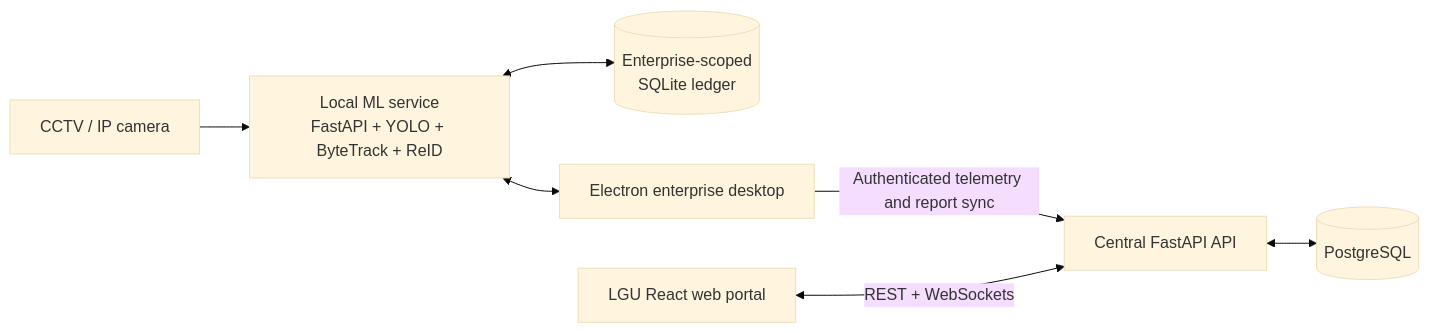
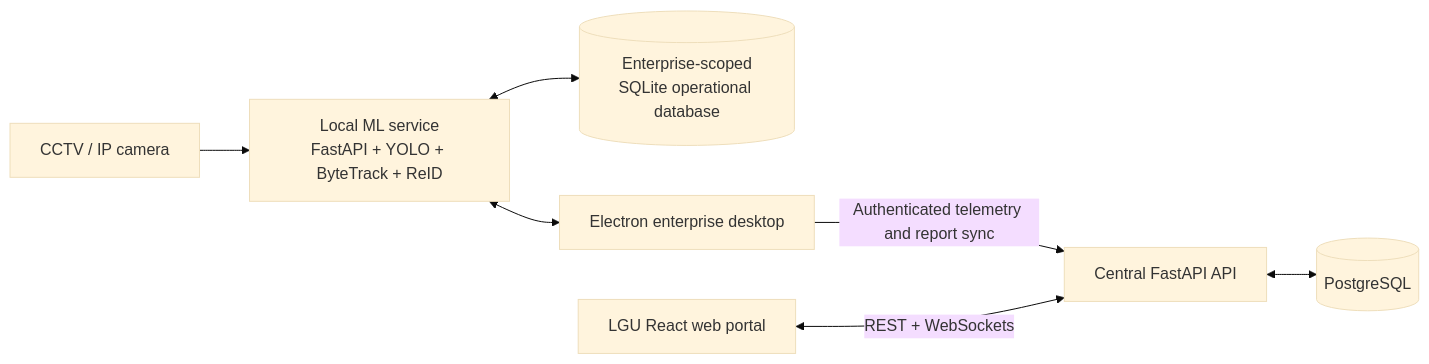
One commit to ggervzsss/TANAW changed the diagram in README.md. Above: the diagram before and after it, drawn with Mermaid (base theme). The commit also changed other lines of this file and 20 other files, not shown here.

Commit message:
refactor(desktop): consolidate local state in versioned sqlite schema

````diff
--- a/README.md
+++ b/README.md
@@ -82,9 +82,9 @@
 ```mermaid
 flowchart LR
     Camera["CCTV / IP camera"] --> ML["Local ML service<br/>FastAPI + YOLO + ByteTrack + ReID"]
-    ML <--> SQLite[("Enterprise-scoped<br/>SQLite ledger")]
+    ML <--> SQLite[("Enterprise-scoped<br/>SQLite operational database")]
     ML <--> Desktop["Electron enterprise desktop"]
     Desktop -->|"Authenticated telemetry and report sync"| API["Central FastAPI API"]
     Portal["LGU React web portal"] <-->|"REST + WebSockets"| API
     API <--> Postgres[("PostgreSQL")]
 ```
````
